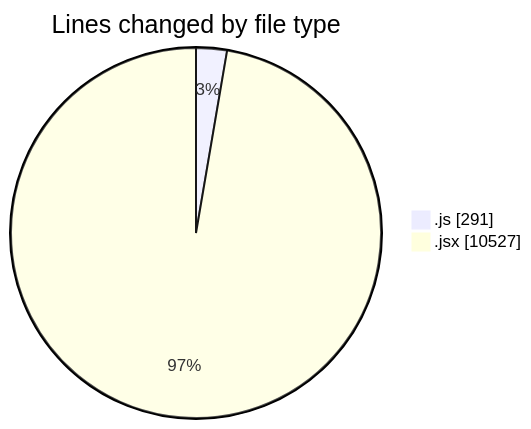
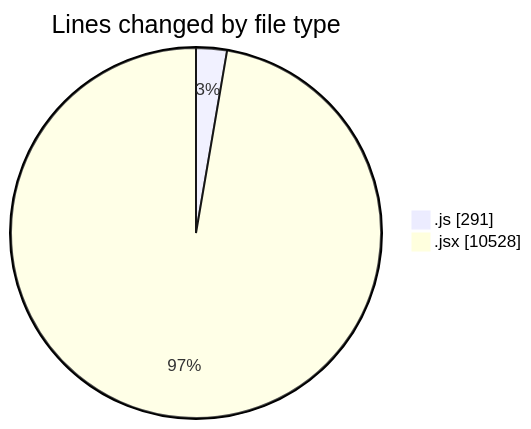
Before and after one commit to nxtqubesakshisongat/code-tracking: the first of 2 diagrams in 2025-07-28/nxtqube_webapp/README.md, drawn with Mermaid. The commit also changed other lines of this file and 1 other file, not shown here.

````diff
--- a/2025-07-28/nxtqube_webapp/README.md
+++ b/2025-07-28/nxtqube_webapp/README.md
@@ -45,6 +45,6 @@
 ```mermaid
 pie showData
 title Lines changed by file type
 ".js" : 291
-".jsx" : 10527
+".jsx" : 10528
 ```
````
